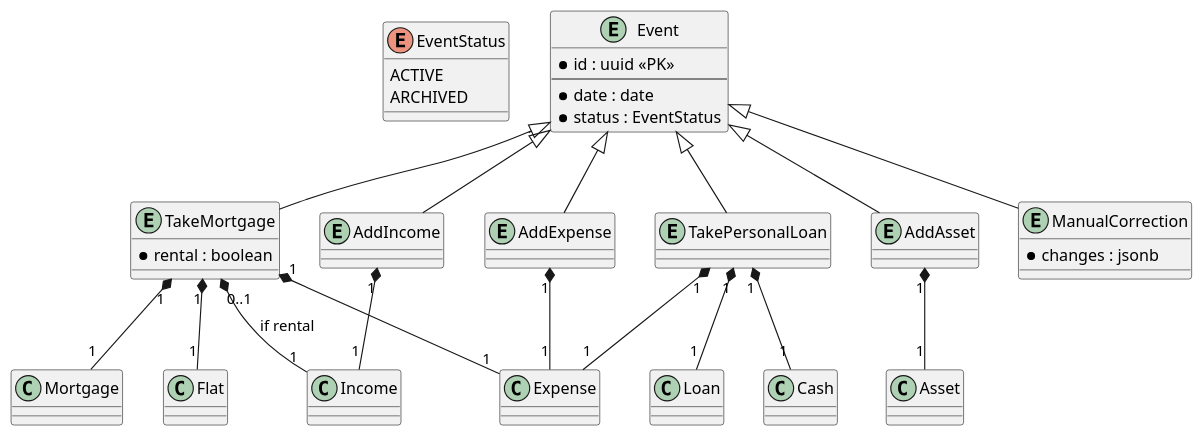
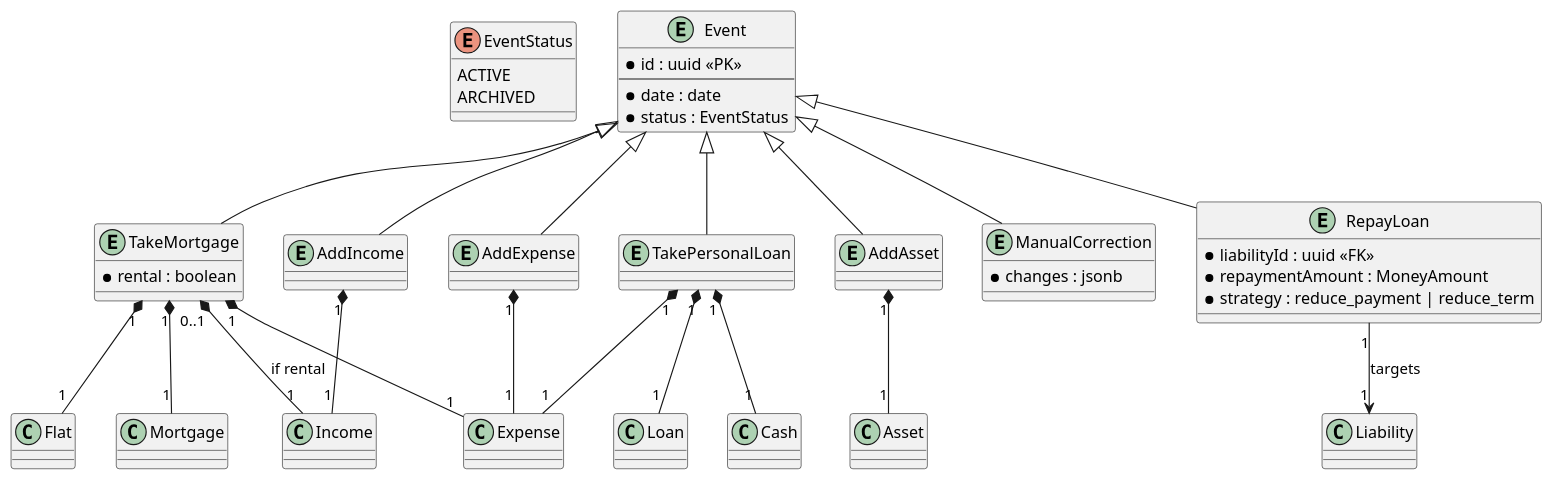
One commit to littlewhywhat/loan-advisor changed the diagram in spec/diagram/events.puml. Above: the diagram before and after it, drawn with PlantUML. The commit also changed 1 other file, not shown here.

Commit message:
design: add repay loan feature spec and diagram
Made-with: Cursor

```diff
--- a/spec/diagram/events.puml
+++ b/spec/diagram/events.puml
@@ -1,56 +1,65 @@
 @startuml finance-events
 
 enum EventStatus {
   ACTIVE
   ARCHIVED
 }
 
 entity Event {
   * id : uuid <<PK>>
   --
   * date : date
   * status : EventStatus
 }
 
 entity TakeMortgage {
   * rental : boolean
 }
 
 entity TakePersonalLoan {
 }
 
 entity AddAsset {
 }
 
 entity AddIncome {
 }
 
 entity AddExpense {
 }
 
 entity ManualCorrection {
   * changes : jsonb
 }
 
+entity RepayLoan {
+  * liabilityId : uuid <<FK>>
+  * repaymentAmount : MoneyAmount
+  * strategy : reduce_payment | reduce_term
+}
+
 Event <|-- TakeMortgage
 Event <|-- TakePersonalLoan
 Event <|-- AddAsset
 Event <|-- AddIncome
 Event <|-- AddExpense
 Event <|-- ManualCorrection
+Event <|-- RepayLoan
 
 TakeMortgage "1" *-- "1" Mortgage
 TakeMortgage "1" *-- "1" Flat
 TakeMortgage "1" *-- "1" Expense
 TakeMortgage "0..1" *-- "1" Income : if rental
 
 TakePersonalLoan "1" *-- "1" Loan
 TakePersonalLoan "1" *-- "1" Cash
 TakePersonalLoan "1" *-- "1" Expense
 
 AddAsset "1" *-- "1" Asset
 
 AddIncome "1" *-- "1" Income
 AddExpense "1" *-- "1" Expense
 
+RepayLoan "1" --> "1" Liability : targets
+
 @enduml
```
